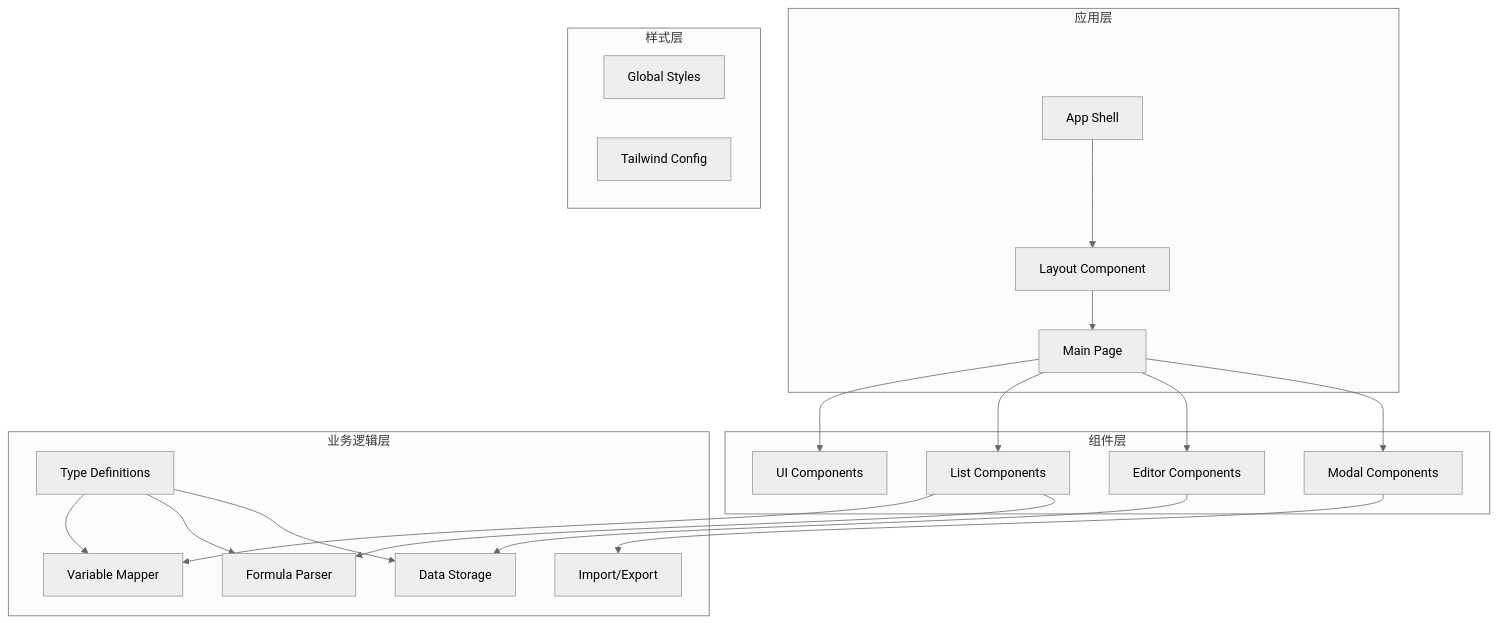
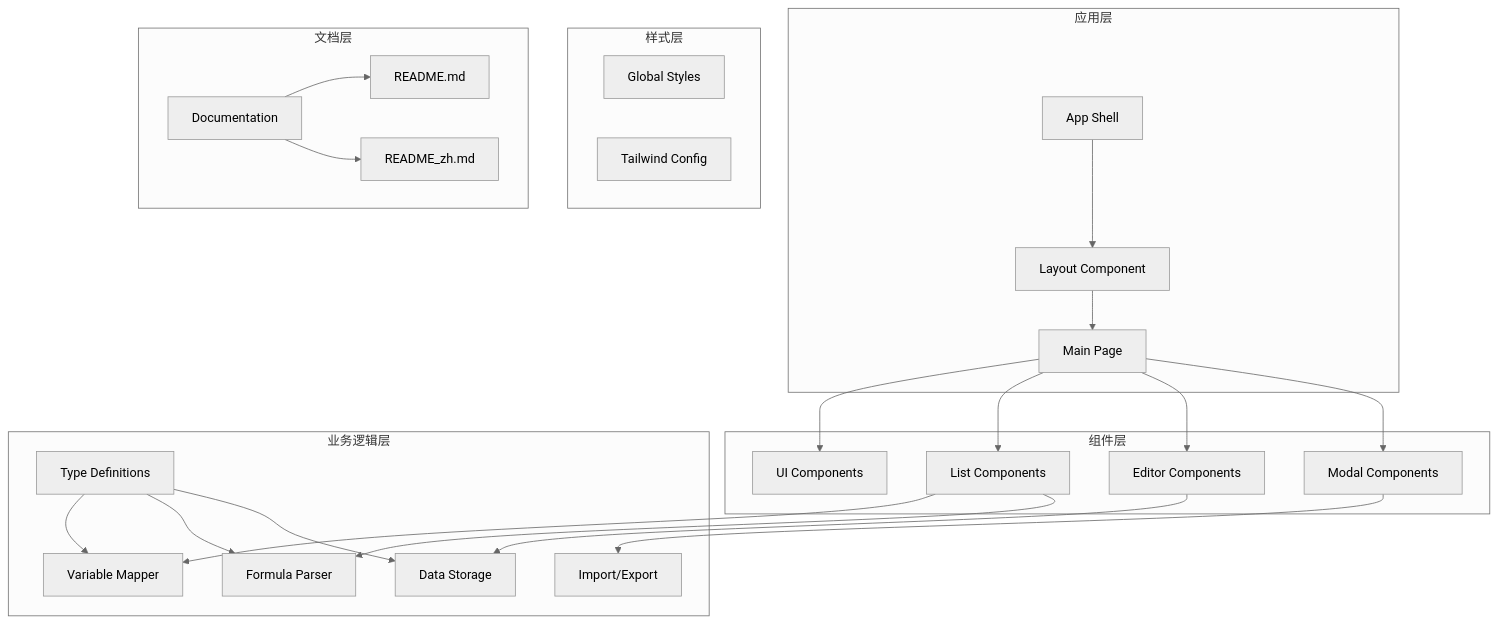
Before and after one commit to steveyu2/formula-mapper: the second of 12 diagrams in .qoder/repowiki/zh/content/项目概述.md, drawn with Mermaid (neutral theme). The commit also changed other lines of this file and 3 other files, not shown here.

````diff
--- a/.qoder/repowiki/zh/content/项目概述.md
+++ b/.qoder/repowiki/zh/content/项目概述.md
@@ -57,38 +99,45 @@
 ```mermaid
 graph TB
 subgraph "应用层"
 App[App Shell]
 Layout[Layout Component]
 Page[Main Page]
 end
 subgraph "组件层"
 UI[UI Components]
 Lists[List Components]
 Editors[Editor Components]
 Modals[Modal Components]
 end
 subgraph "业务逻辑层"
 Types[Type Definitions]
 Mapper[Variable Mapper]
 Parser[Formula Parser]
 Storage[Data Storage]
 ImportExport[Import/Export]
 end
 subgraph "样式层"
 CSS[Global Styles]
 Tailwind[Tailwind Config]
 end
+subgraph "文档层"
+Docs[Documentation]
+README[README.md]
+README_ZH[README_zh.md]
+end
 App --> Layout
 Layout --> Page
 Page --> UI
 Page --> Lists
 Page --> Editors
 Page --> Modals
 Lists --> Mapper
 Lists --> Parser
 Editors --> Storage
 Modals --> ImportExport
 Types --> Mapper
 Types --> Parser
 Types --> Storage
+Docs --> README
+Docs --> README_ZH
 ```
````
